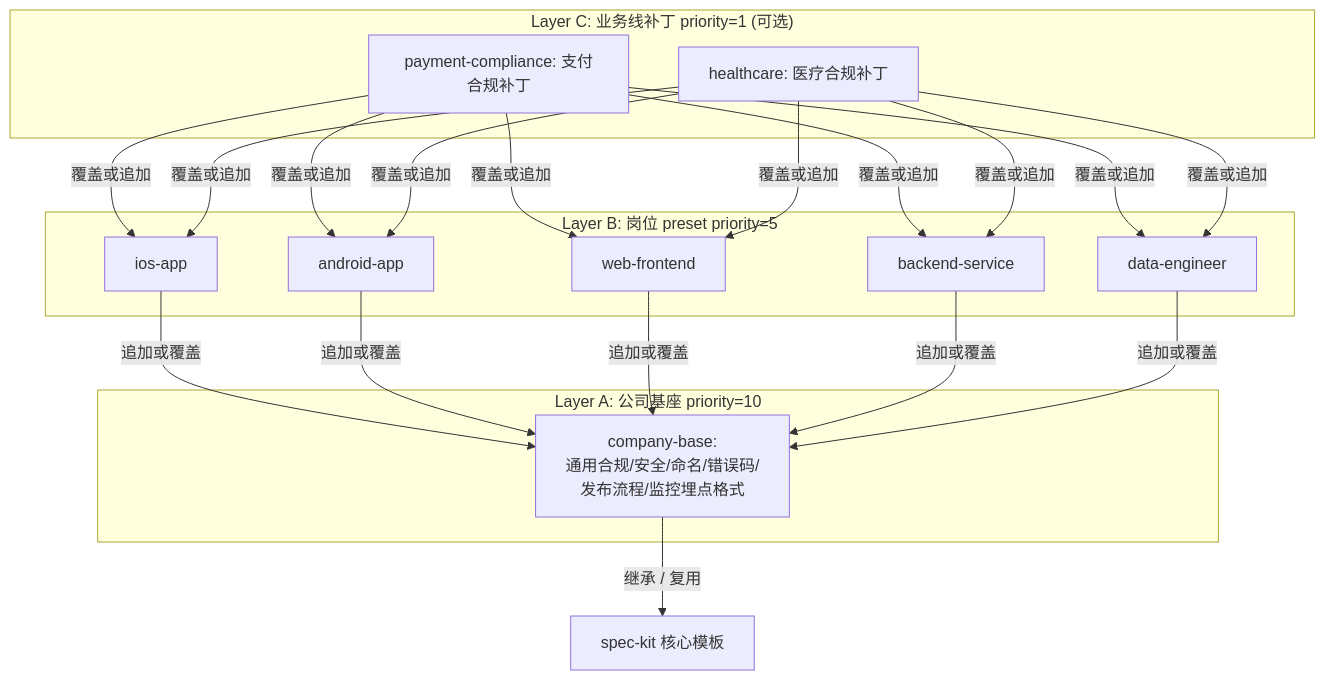
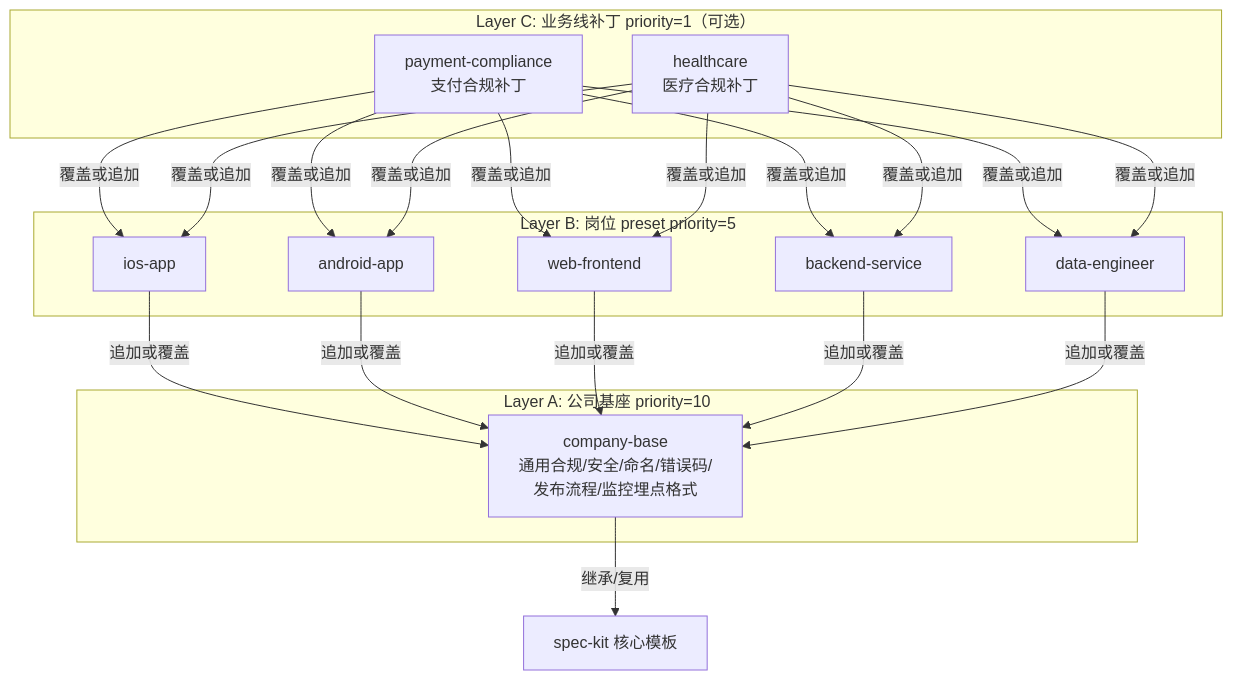
Before and after one commit to 9527dong/spec-kit: the third of 3 diagrams in docs/ai-coding-plan.md, drawn with Mermaid. The commit also changed other lines of this file and 1 other file, not shown here.

First line of the commit message:
docs: update AI coding plan and spec-kit principles for clarity and structure

````diff
--- a/docs/ai-coding-plan.md
+++ b/docs/ai-coding-plan.md
@@ -154,23 +339,23 @@
 ```mermaid
 flowchart TB
-    subgraph "Layer C: 业务线补丁 priority=1 (可选)"
-      C1[payment-compliance: 支付合规补丁]
-      C2[healthcare: 医疗合规补丁]
+    subgraph "Layer C: 业务线补丁 priority=1（可选）"
+      C1[payment-compliance<br/>支付合规补丁]
+      C2[healthcare<br/>医疗合规补丁]
     end
 
     subgraph "Layer B: 岗位 preset priority=5"
       B1[ios-app]
       B2[android-app]
       B3[web-frontend]
       B4[backend-service]
       B5[data-engineer]
     end
 
     subgraph "Layer A: 公司基座 priority=10"
-      A[company-base:<br/>通用合规/安全/命名/错误码/<br/>发布流程/监控埋点格式]
+      A[company-base<br/>通用合规/安全/命名/错误码/<br/>发布流程/监控埋点格式]
     end
 
     C1 & C2 -->|覆盖或追加| B1 & B2 & B3 & B4 & B5
     B1 & B2 & B3 & B4 & B5 -->|追加或覆盖| A
-    A -->|继承 / 复用| CORE[spec-kit 核心模板]
+    A -->|继承/复用| CORE[spec-kit 核心模板]
 ```
````
